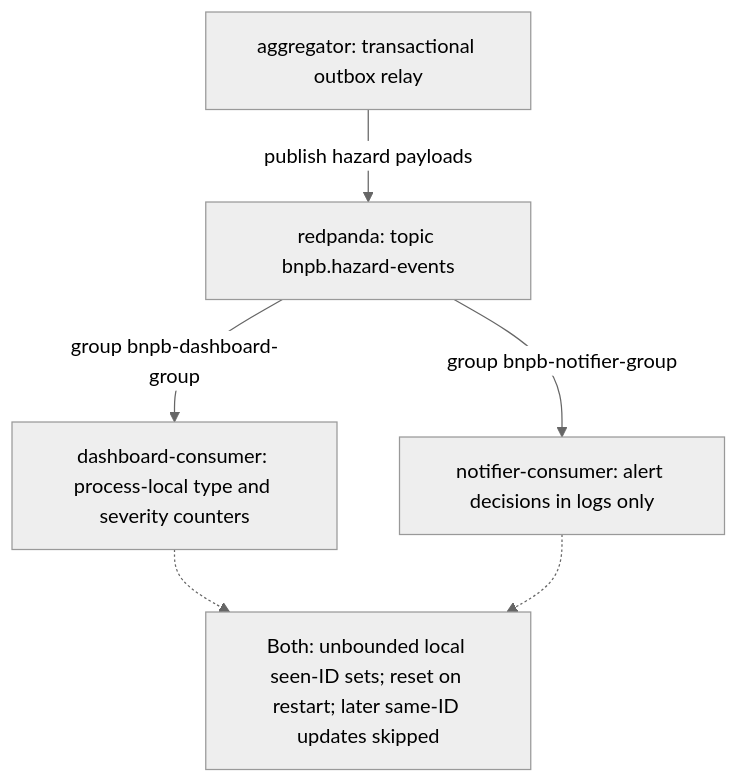
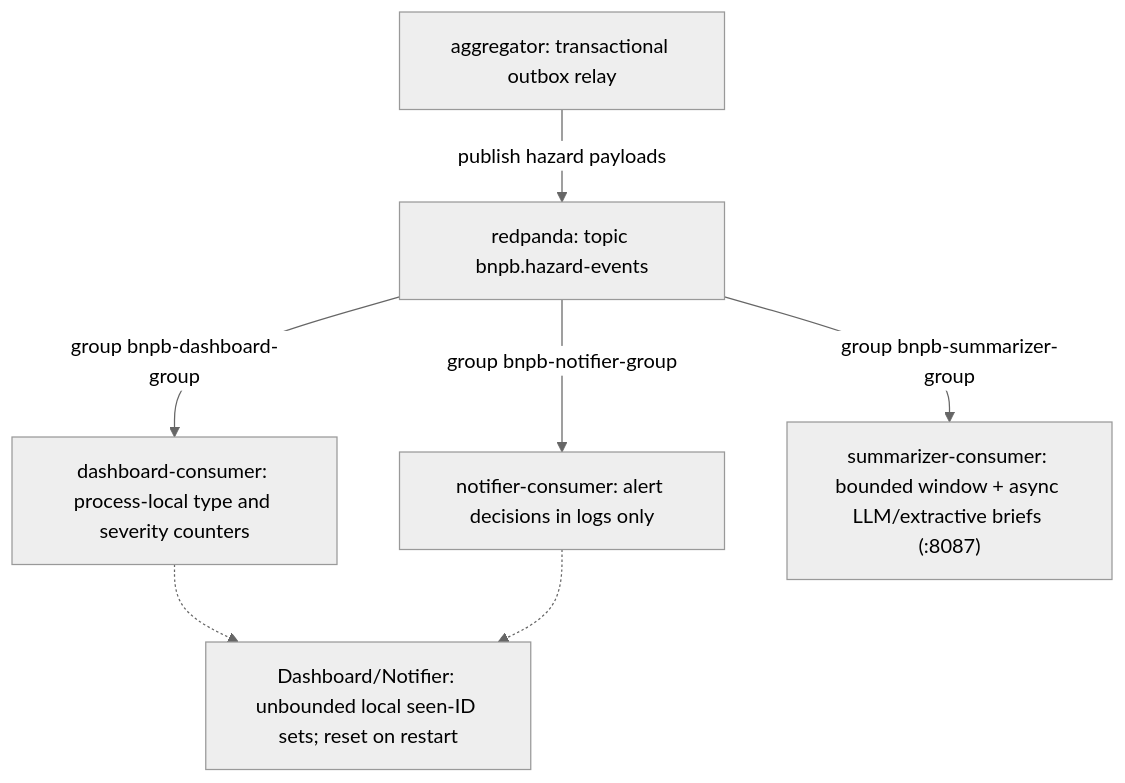
One commit to Darsua/AAT changed the diagram in docs/diagrams/consumers-fanout.mmd. Above: the diagram before and after it, drawn with Mermaid (neutral theme). The commit also changed 25 other files, not shown here.

```diff
--- a/docs/diagrams/consumers-fanout.mmd
+++ b/docs/diagrams/consumers-fanout.mmd
@@ -1,12 +1,14 @@
 flowchart TD
     AGG["aggregator: transactional outbox relay"]
     RP["redpanda: topic bnpb.hazard-events"]
     DASH["dashboard-consumer: process-local type and severity counters"]
     NOTI["notifier-consumer: alert decisions in logs only"]
-    LIMIT["Both: unbounded local seen-ID sets; reset on restart; later same-ID updates skipped"]
+    SUM["summarizer-consumer: bounded window + async LLM/extractive briefs (:8087)"]
+    LIMIT["Dashboard/Notifier: unbounded local seen-ID sets; reset on restart"]
 
     AGG -->|"publish hazard payloads"| RP
     RP -->|"group bnpb-dashboard-group"| DASH
     RP -->|"group bnpb-notifier-group"| NOTI
+    RP -->|"group bnpb-summarizer-group"| SUM
     DASH -.-> LIMIT
     NOTI -.-> LIMIT
```
